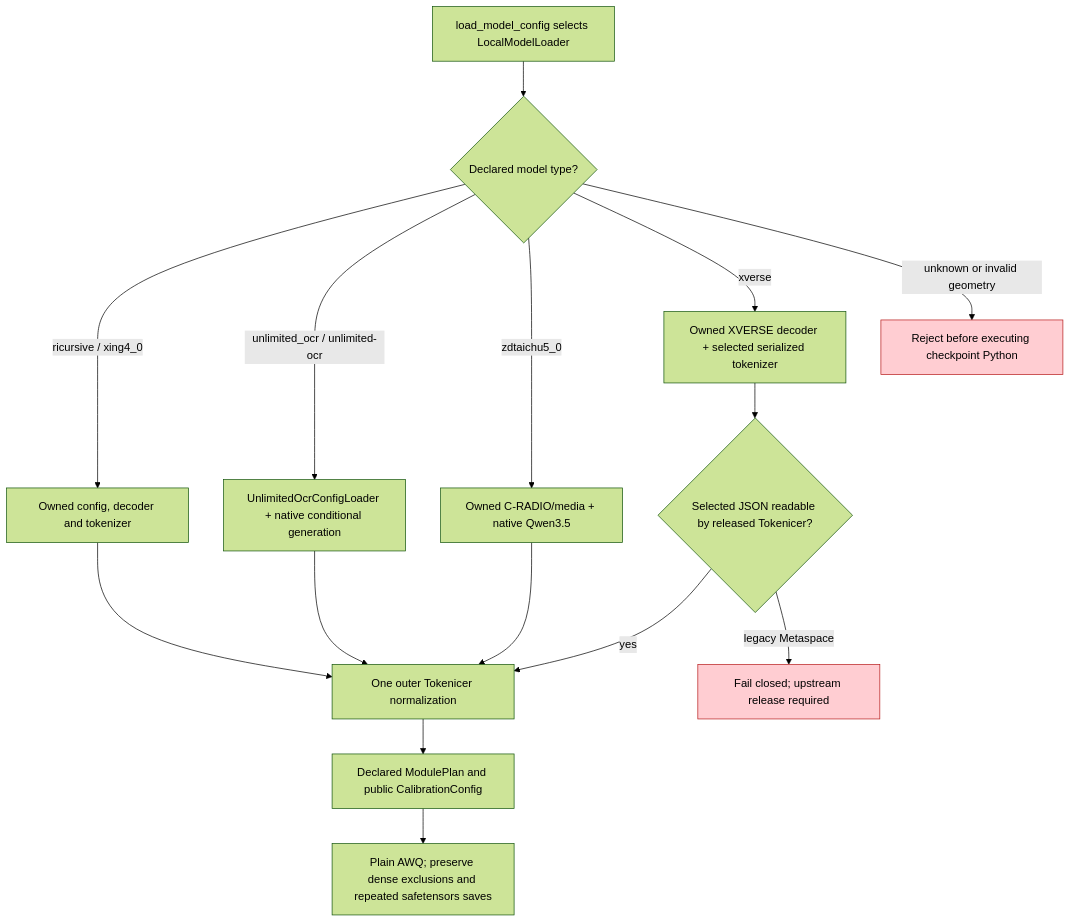
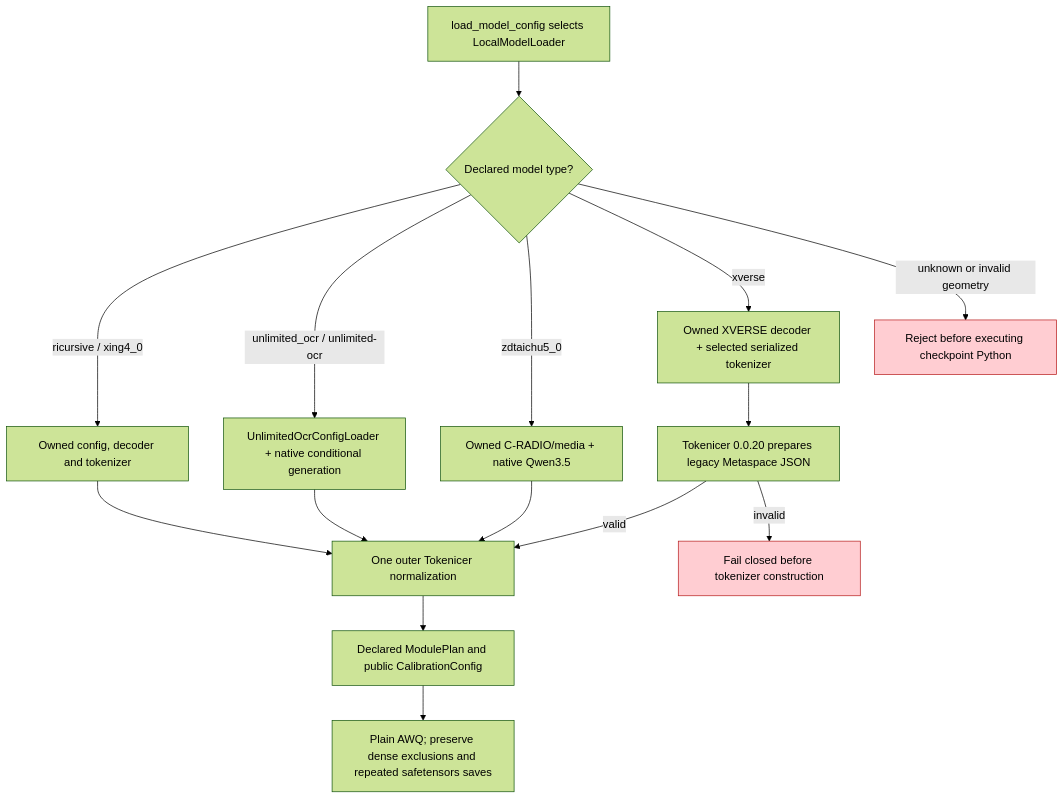
The second of 33 diagrams in docs/transformers5-model-ports.md (ModelCloud/GPTQModel), drawn with Mermaid (forest theme) before and after one commit. The commit also changed other lines of this file and 8 other files, not shown here.

Commit message:
Require released Tokenicer 0.0.20 for Transformers 5 ports

````diff
--- a/docs/transformers5-model-ports.md
+++ b/docs/transformers5-model-ports.md
@@ -228,19 +226,19 @@
 ```mermaid
 flowchart TD
     A["load_model_config selects LocalModelLoader"] --> B{"Declared model type?"}
     B -->|ricursive / xing4_0| C["Owned config, decoder and tokenizer"]
     B -->|unlimited_ocr / unlimited-ocr| D["UnlimitedOcrConfigLoader + native conditional generation"]
     B -->|zdtaichu5_0| E["Owned C-RADIO/media + native Qwen3.5"]
     B -->|xverse| F["Owned XVERSE decoder + selected serialized tokenizer"]
-    F --> G{"Selected JSON readable by released Tokenicer?"}
-    G -->|yes| H["One outer Tokenicer normalization"]
-    G -->|legacy Metaspace| X["Fail closed; upstream release required"]
+    F --> G["Tokenicer 0.0.20 prepares legacy Metaspace JSON"]
+    G -->|valid| H["One outer Tokenicer normalization"]
+    G -->|invalid| X["Fail closed before tokenizer construction"]
     C --> H
     D --> H
     E --> H
     H --> I["Declared ModulePlan and public CalibrationConfig"]
     I --> J["Plain AWQ; preserve dense exclusions and repeated safetensors saves"]
     B -->|unknown or invalid geometry| Y["Reject before executing checkpoint Python"]
     classDef failure fill:#ffcdd2,stroke:#b71c1c
     class X,Y failure
 ```
````
